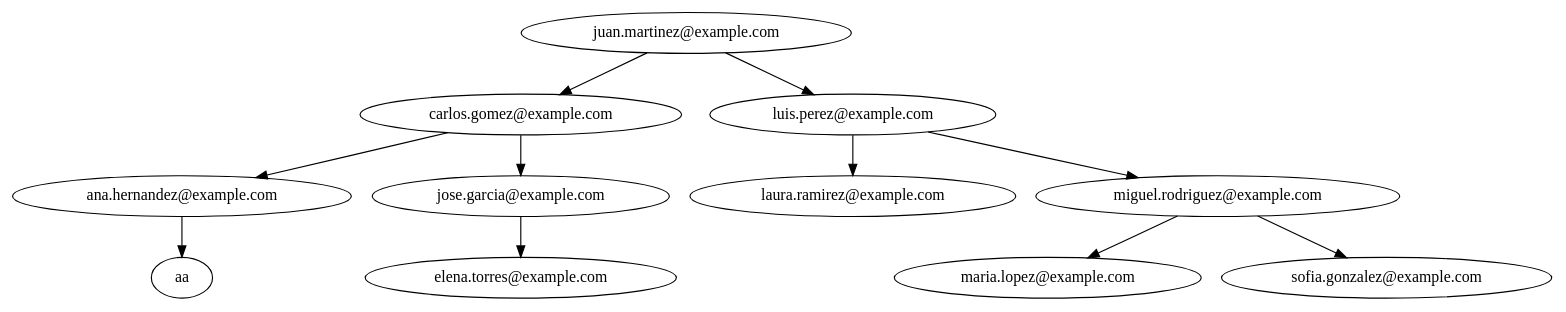
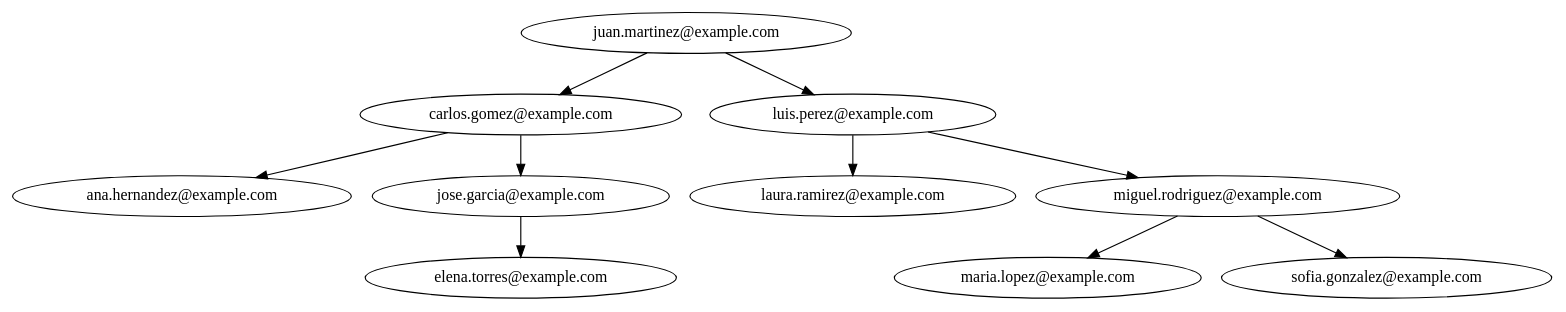
The diagram in pruebas/avl_usuarios.dot (matiuuh/-EDD-Proyecto1_202203009), drawn with Graphviz before and after one commit. The commit also changed 11 other files, not shown here.

```diff
--- a/pruebas/avl_usuarios.dot
+++ b/pruebas/avl_usuarios.dot
@@ -1,23 +1,21 @@
 digraph G {
-Nodo0x2a0e9ae5920[label = "juan.martinez@example.com"];
-Nodo0x2a0e9ae5920->Nodo0x2a0e9ae57a0;
-Nodo0x2a0e9ae5920->Nodo0x2a0e9ae6340;
-Nodo0x2a0e9ae57a0[label = "carlos.gomez@example.com"];
-Nodo0x2a0e9ae57a0->Nodo0x2a0e9ae5ec0;
-Nodo0x2a0e9ae57a0->Nodo0x2a0e9ae64f0;
-Nodo0x2a0e9ae5ec0[label = "ana.hernandez@example.com"];
-Nodo0x2a0e9ae5ec0->Nodo0x2a0ed3840c0;
-Nodo0x2a0ed3840c0[label = "aa"];
-Nodo0x2a0e9ae64f0[label = "jose.garcia@example.com"];
-Nodo0x2a0e9ae64f0->Nodo0x2a0e9ae63a0;
-Nodo0x2a0e9ae63a0[label = "elena.torres@example.com"];
-Nodo0x2a0e9ae6340[label = "luis.perez@example.com"];
-Nodo0x2a0e9ae6340->Nodo0x2a0e9ae5e90;
-Nodo0x2a0e9ae6340->Nodo0x2a0e9ae5ef0;
-Nodo0x2a0e9ae5e90[label = "laura.ramirez@example.com"];
-Nodo0x2a0e9ae5ef0[label = "miguel.rodriguez@example.com"];
-Nodo0x2a0e9ae5ef0->Nodo0x2a0e9ae5860;
-Nodo0x2a0e9ae5ef0->Nodo0x2a0e9ae63d0;
-Nodo0x2a0e9ae5860[label = "maria.lopez@example.com"];
-Nodo0x2a0e9ae63d0[label = "sofia.gonzalez@example.com"];
+Nodo0x2b89d433880[label = "juan.martinez@example.com"];
+Nodo0x2b89d433880->Nodo0x2b89d432e00;
+Nodo0x2b89d433880->Nodo0x2b89d4332b0;
+Nodo0x2b89d432e00[label = "carlos.gomez@example.com"];
+Nodo0x2b89d432e00->Nodo0x2b89d4337f0;
+Nodo0x2b89d432e00->Nodo0x2b89d433640;
+Nodo0x2b89d4337f0[label = "ana.hernandez@example.com"];
+Nodo0x2b89d433640[label = "jose.garcia@example.com"];
+Nodo0x2b89d433640->Nodo0x2b89d4334c0;
+Nodo0x2b89d4334c0[label = "elena.torres@example.com"];
+Nodo0x2b89d4332b0[label = "luis.perez@example.com"];
+Nodo0x2b89d4332b0->Nodo0x2b89d4334f0;
+Nodo0x2b89d4332b0->Nodo0x2b89d432f50;
+Nodo0x2b89d4334f0[label = "laura.ramirez@example.com"];
+Nodo0x2b89d432f50[label = "miguel.rodriguez@example.com"];
+Nodo0x2b89d432f50->Nodo0x2b89d433670;
+Nodo0x2b89d432f50->Nodo0x2b89d432ec0;
+Nodo0x2b89d433670[label = "maria.lopez@example.com"];
+Nodo0x2b89d432ec0[label = "sofia.gonzalez@example.com"];
 }
```
